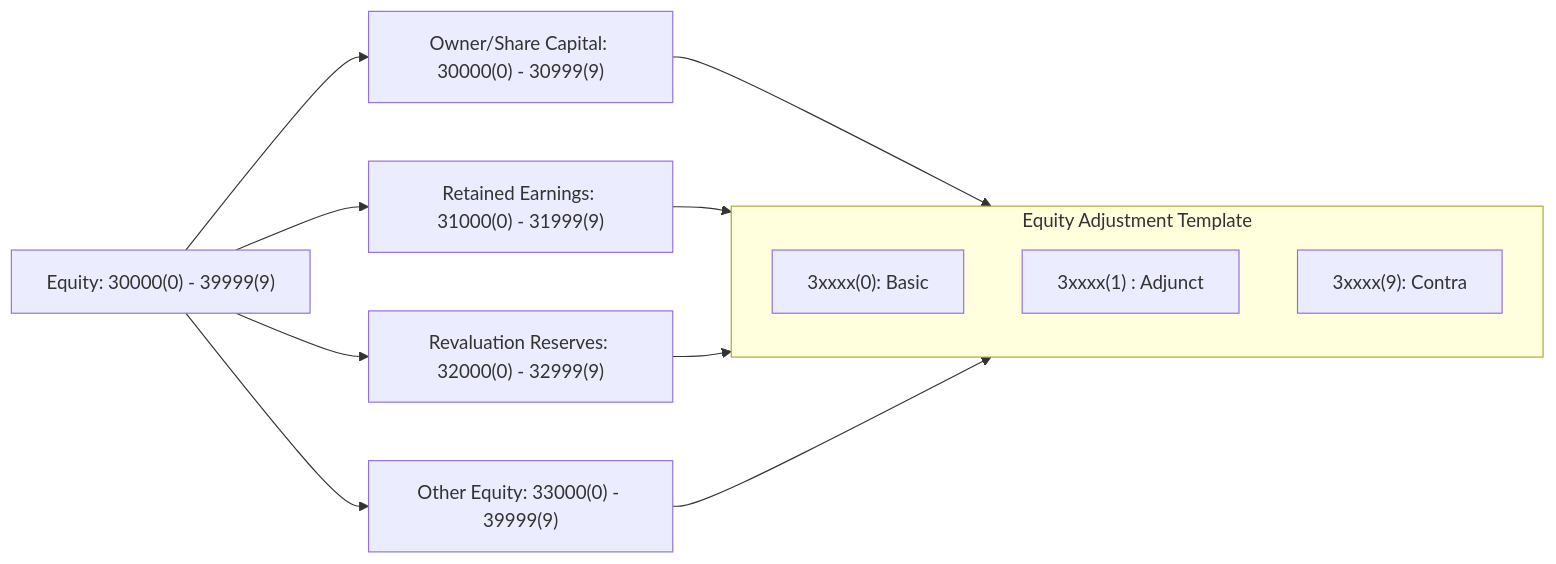
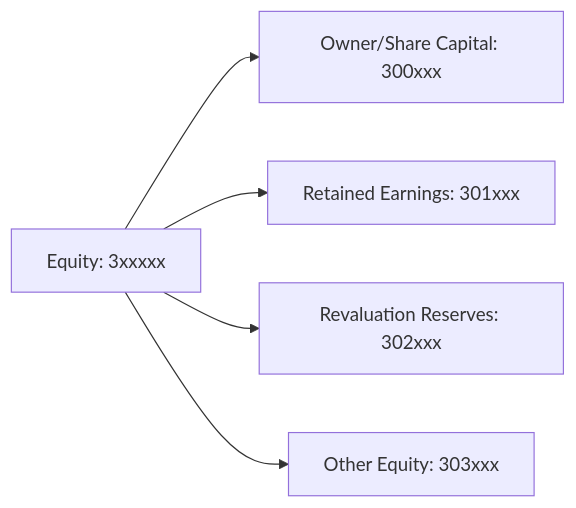
The diagram in src/domain/accounting/__doc__/assets/coa-equities.mermaid (oosahon/ledgernova-core), drawn with Mermaid before and after one commit. The commit also changed 10 other files, not shown here.

Commit message:
doc(coa): update charts of accounts doc

```diff
--- a/src/domain/accounting/__doc__/assets/coa-equities.mermaid
+++ b/src/domain/accounting/__doc__/assets/coa-equities.mermaid
@@ -1,14 +1,8 @@
 flowchart LR
-    subgraph AdjustmentTemplate["Equity Adjustment Template"]
-        EBasis["3xxxx(0): Basic"]
-        EAdjunct["3xxxx(1) : Adjunct"]
-        EContra["3xxxx(9): Contra"]
-    end
-
-    Equity["Equity: 30000(0) - 39999(9)"]
-    Capital["Owner/Share Capital: 30000(0) - 30999(9)"] --> AdjustmentTemplate
-    Earnings["Retained Earnings: 31000(0) - 31999(9)"] --> AdjustmentTemplate
-    Reserves["Revaluation Reserves: 32000(0) - 32999(9)"] --> AdjustmentTemplate
-    OtherEquity["Other Equity: 33000(0) - 39999(9)"] --> AdjustmentTemplate
+    Equity["Equity: 3xxxxx"]
+    Capital["Owner/Share Capital: 300xxx"]
+    Earnings["Retained Earnings: 301xxx"]
+    Reserves["Revaluation Reserves: 302xxx"]
+    OtherEquity["Other Equity: 303xxx"]
 
     Equity --> Capital & Earnings & Reserves & OtherEquity
```
